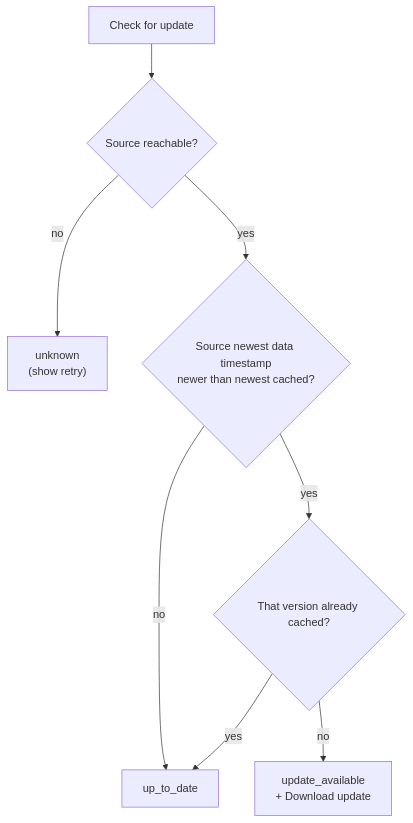
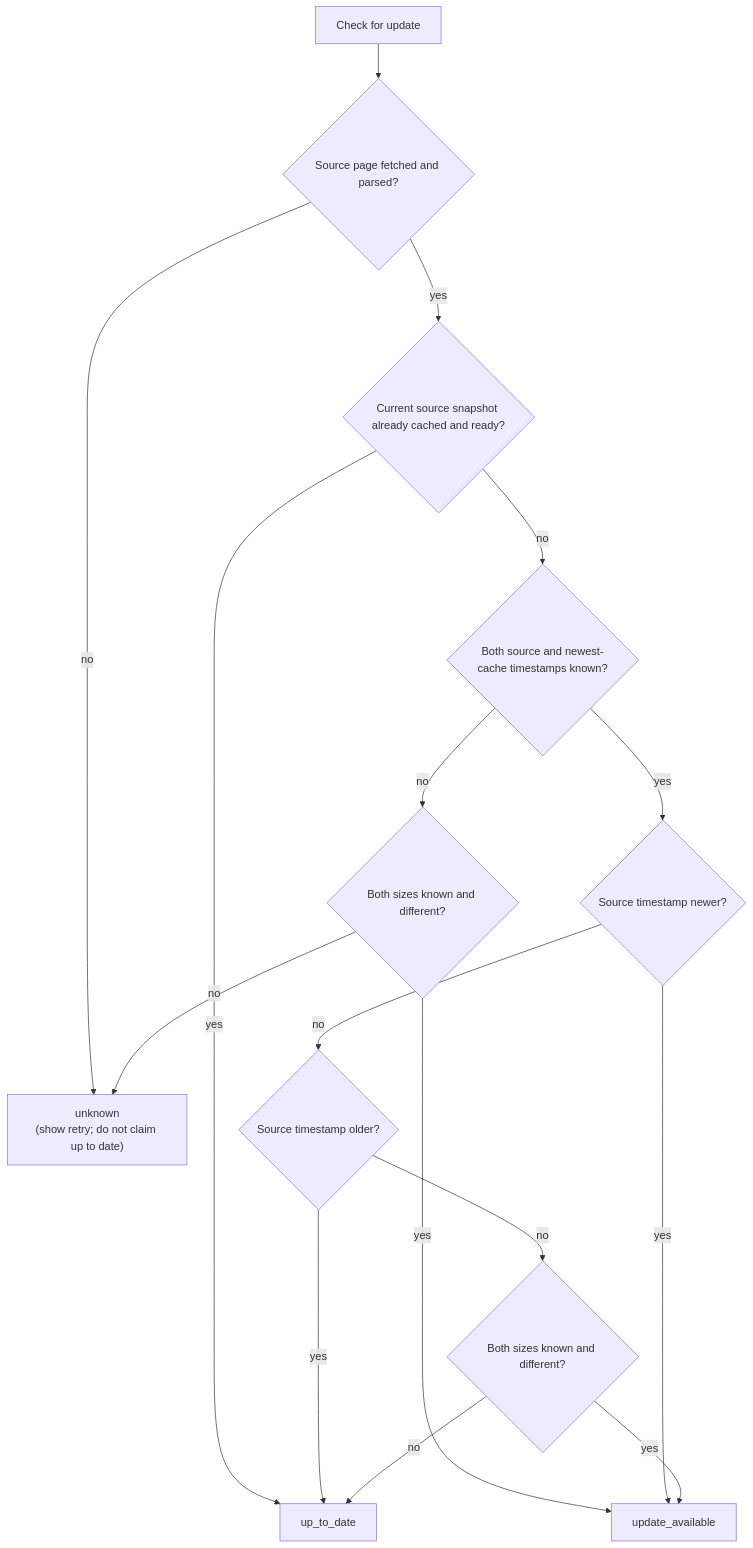
Before and after one commit to komeilm76/mapirror: the eighth of 11 diagrams in docs/06-diagrams.md, drawn with Mermaid. The commit also changed other lines of this file and 6 other files, not shown here.

Commit message:
docs: reverify API contracts and refresh diagrams

````diff
--- a/docs/06-diagrams.md
+++ b/docs/06-diagrams.md
@@ -122,10 +156,18 @@
 ```mermaid
 flowchart TD
-  a["Check for update"] --> b{Source reachable?}
-  b -- no --> c["unknown\n(show retry)"]
-  b -- yes --> d{Source newest data timestamp\nnewer than newest cached?}
-  d -- no --> e["up_to_date"]
-  d -- yes --> f{That version already cached?}
-  f -- yes --> e
-  f -- no --> g["update_available\n+ Download update"]
+  start["Check for update"] --> reachable{Source page fetched and parsed?}
+  reachable -- no --> unknown["unknown\n(show retry; do not claim up to date)"]
+  reachable -- yes --> identity{Current source snapshot already cached and ready?}
+  identity -- yes --> current["up_to_date"]
+  identity -- no --> timestamps{Both source and newest-cache timestamps known?}
+  timestamps -- no --> fallback{Both sizes known and different?}
+  fallback -- yes --> available["update_available"]
+  fallback -- no --> unknown
+  timestamps -- yes --> newer{Source timestamp newer?}
+  newer -- yes --> available
+  newer -- no --> older{Source timestamp older?}
+  older -- yes --> current
+  older -- no --> size{Both sizes known and different?}
+  size -- yes --> available
+  size -- no --> current
 ```
````
